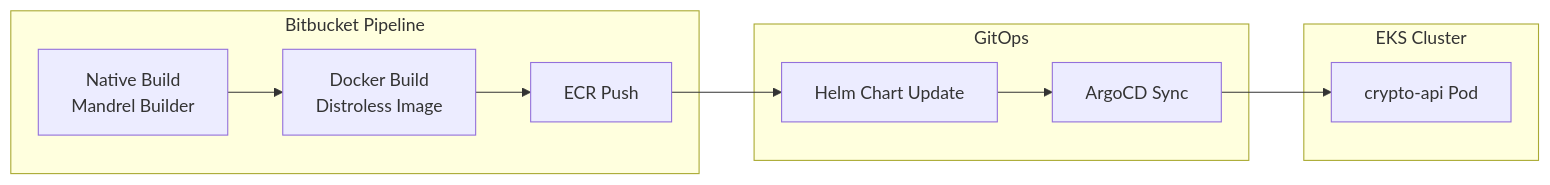
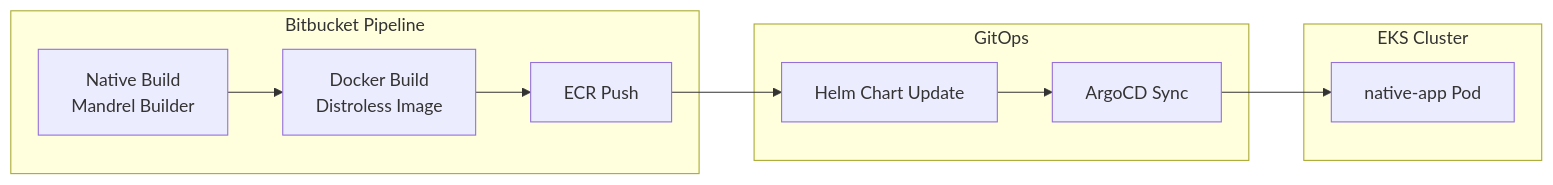
One commit to kimduksoo/duksoo-tech-blog changed the diagram in content/kubernetes/graalvm-native-deployment.md. Above: the diagram before and after it, drawn with Mermaid. The commit also changed other lines of this file, not shown here.

````diff
--- a/content/kubernetes/graalvm-native-deployment.md
+++ b/content/kubernetes/graalvm-native-deployment.md
@@ -35,20 +35,20 @@
 ```mermaid
 flowchart LR
     subgraph CI[Bitbucket Pipeline]
         Build[Native Build<br/>Mandrel Builder]
         Docker[Docker Build<br/>Distroless Image]
         Push[ECR Push]
     end
 
     subgraph GitOps[GitOps]
         Helm[Helm Chart Update]
         ArgoCD[ArgoCD Sync]
     end
 
     subgraph EKS[EKS Cluster]
-        Pod[crypto-api Pod]
+        Pod[native-app Pod]
     end
 
     Build --> Docker --> Push
     Push --> Helm --> ArgoCD --> Pod
 ```
````
